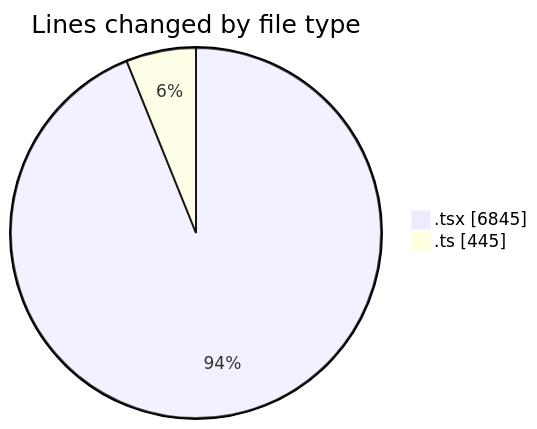
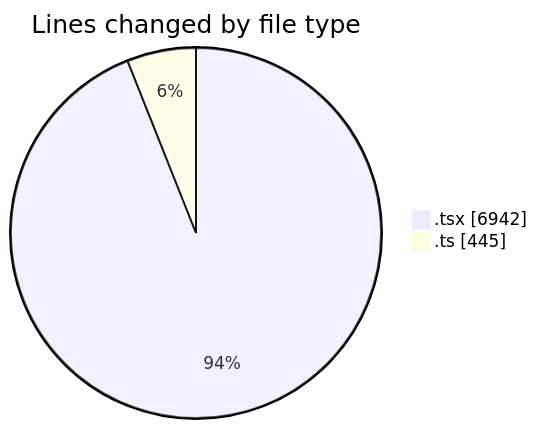
The first of 2 diagrams in 2025-09-24/cda/README.md (momahboobian/code-tracking), drawn with Mermaid before and after one commit. The commit also changed other lines of this file and 1 other file, not shown here.

````diff
--- a/2025-09-24/cda/README.md
+++ b/2025-09-24/cda/README.md
@@ -36,6 +36,6 @@
 ```mermaid
 pie showData
 title Lines changed by file type
-".tsx" : 6845
+".tsx" : 6942
 ".ts" : 445
 ```
````
